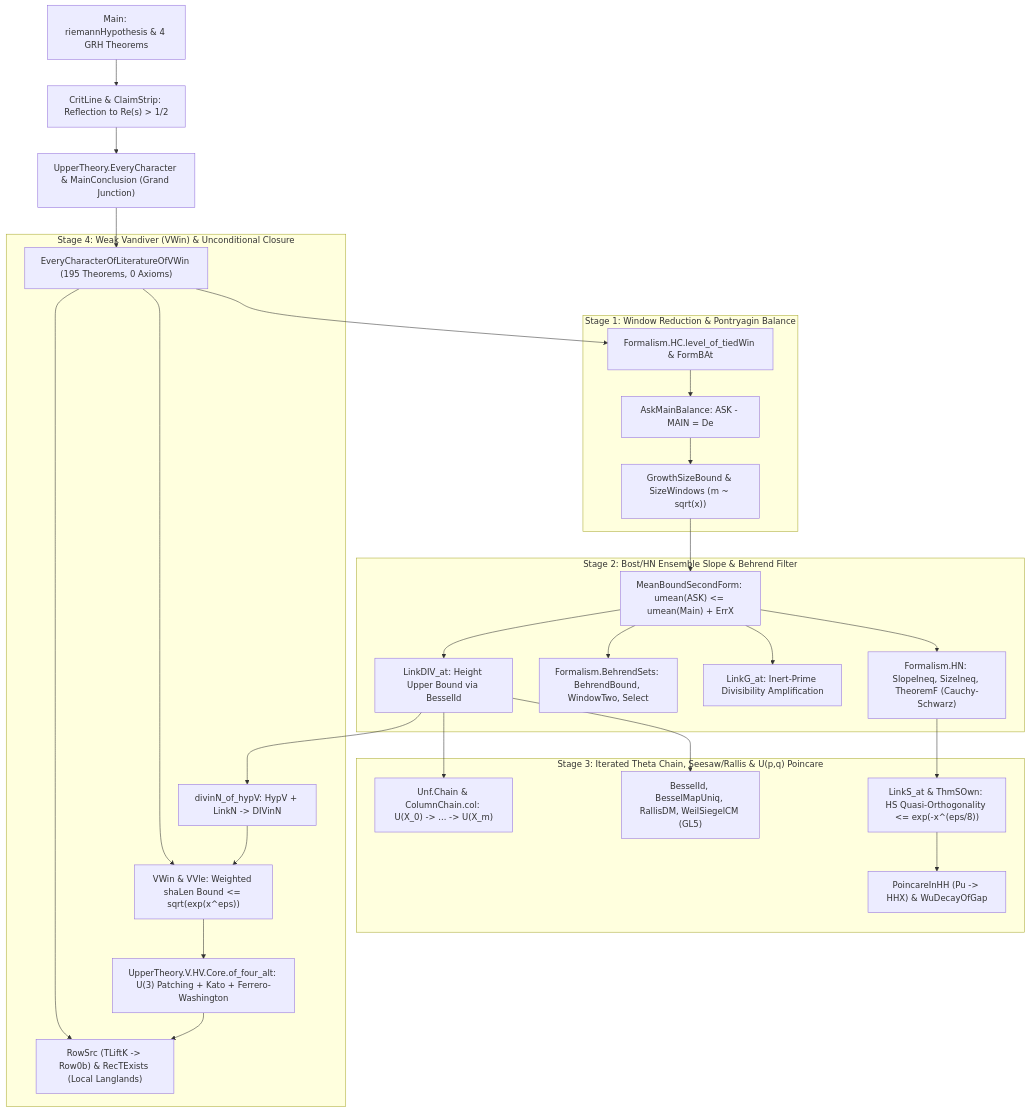
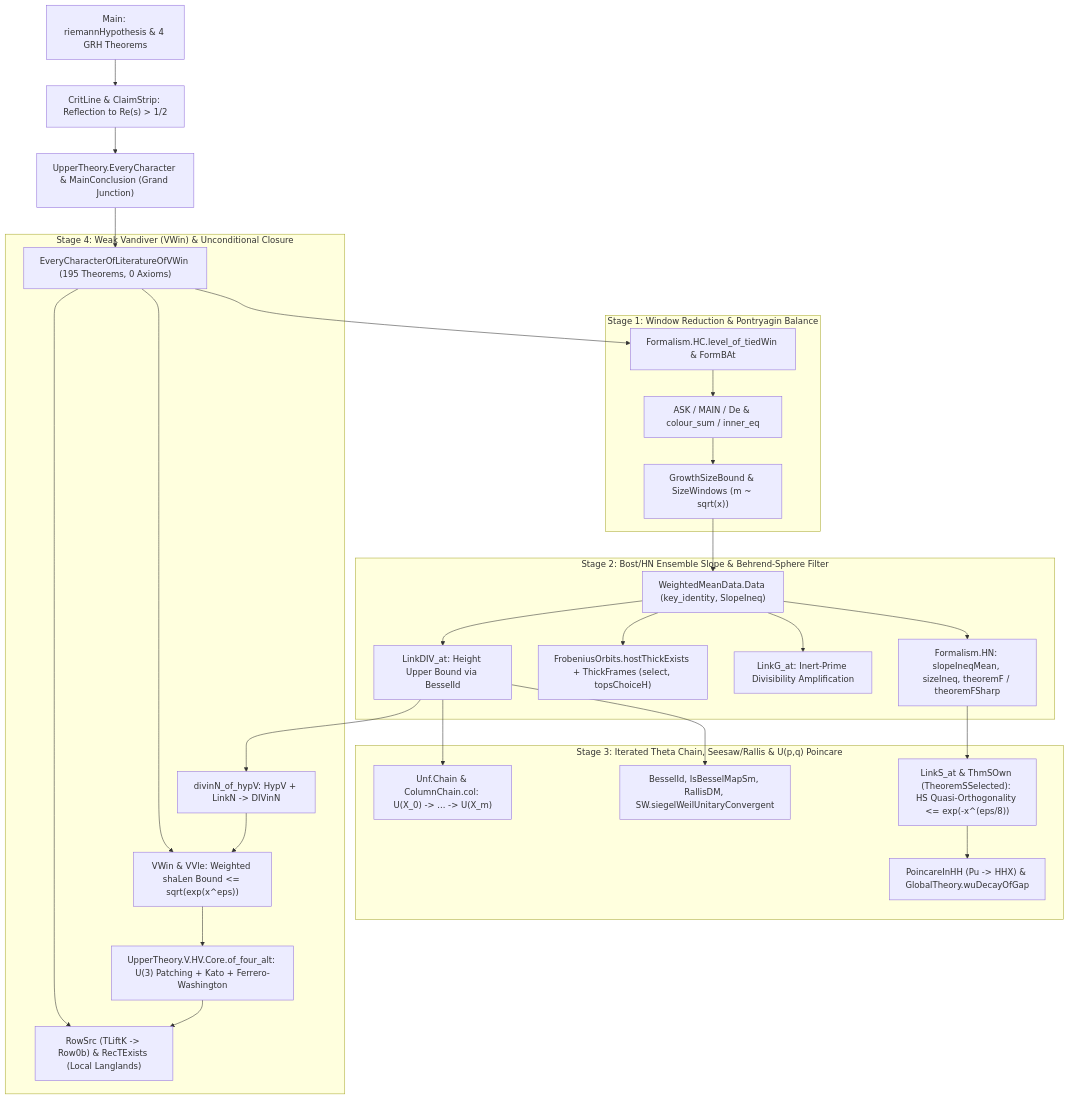
One commit to thekeunpie-hash/rh-lean-dissection changed the diagram in reports/rh_proof_explained.md. Above: the diagram before and after it, drawn with Mermaid. The commit also changed other lines of this file and 5 other files, not shown here.

````diff
--- a/reports/rh_proof_explained.md
+++ b/reports/rh_proof_explained.md
@@ -23,52 +24,52 @@
 ```mermaid
 flowchart TD
     Main["Main: riemannHypothesis & 4 GRH Theorems"]
     Crit["CritLine & ClaimStrip: Reflection to Re(s) > 1/2"]
     Every["UpperTheory.EveryCharacter & MainConclusion (Grand Junction)"]
 
     subgraph P1["Stage 1: Window Reduction & Pontryagin Balance"]
         TopWin["Formalism.HC.level_of_tiedWin & FormBAt"]
-        AskBal["AskMainBalance: ASK - MAIN = De"]
+        AskBal["ASK / MAIN / De & colour_sum / inner_eq"]
         Growth["GrowthSizeBound & SizeWindows (m ~ sqrt(x))"]
         TopWin --> AskBal --> Growth
     end
 
-    subgraph P2["Stage 2: Bost/HN Ensemble Slope & Behrend Filter"]
-        MeanB["MeanBoundSecondForm: umean(ASK) <= umean(Main) + ErrX"]
-        HN["Formalism.HN: SlopeIneq, SizeIneq, TheoremF (Cauchy-Schwarz)"]
-        Behrend["Formalism.BehrendSets: BehrendBound, WindowTwo, Select"]
+    subgraph P2["Stage 2: Bost/HN Ensemble Slope & Behrend-Sphere Filter"]
+        MeanB["WeightedMeanData.Data (key_identity, SlopeIneq)"]
+        HN["Formalism.HN: slopeIneqMean, sizeIneq, theoremF / theoremFSharp"]
+        Behrend["FrobeniusOrbits.hostThickExists + ThickFrames (select, topsChoiceH)"]
         LinkG["LinkG_at: Inert-Prime Divisibility Amplification"]
         LinkDIV["LinkDIV_at: Height Upper Bound via BesselId"]
         MeanB --> HN
         MeanB --> Behrend
         MeanB --> LinkG
         MeanB --> LinkDIV
     end
 
     subgraph P3["Stage 3: Iterated Theta Chain, Seesaw/Rallis & U(p,q) Poincare"]
         Theta["Unf.Chain & ColumnChain.col: U(X_0) -> ... -> U(X_m)"]
-        Bessel["BesselId, BesselMapUniq, RallisDM, WeilSiegelCM (GL5)"]
-        LinkS["LinkS_at & ThmSOwn: HS Quasi-Orthogonality <= exp(-x^(eps/8))"]
-        Poinc["PoincareInHH (Pu -> HHX) & WuDecayOfGap"]
+        Bessel["BesselId, IsBesselMapSm, RallisDM, SW.siegelWeilUnitaryConvergent"]
+        LinkS["LinkS_at & ThmSOwn (TheoremSSelected): HS Quasi-Orthogonality <= exp(-x^(eps/8))"]
+        Poinc["PoincareInHH (Pu -> HHX) & GlobalTheory.wuDecayOfGap"]
         LinkDIV --> Theta
         LinkDIV --> Bessel
         HN --> LinkS --> Poinc
     end
 
     subgraph P4["Stage 4: Weak Vandiver (VWin) & Unconditional Closure"]
         DivV["divinN_of_hypV: HypV + LinkN -> DIVinN"]
         VWin["VWin & VVle: Weighted shaLen Bound <= sqrt(exp(x^eps))"]
         HV["UpperTheory.V.HV.Core.of_four_alt: U(3) Patching + Kato + Ferrero-Washington"]
         Row["RowSrc (TLiftK -> Row0b) & RecTExists (Local Langlands)"]
         Lit["EveryCharacterOfLiteratureOfVWin (195 Theorems, 0 Axioms)"]
         LinkDIV --> DivV --> VWin --> HV
         HV --> Row
     end
 
     Main --> Crit --> Every
     Every --> Lit
     Lit --> TopWin
     Growth --> MeanB
     Lit --> VWin
     Lit --> Row
 ```
````
